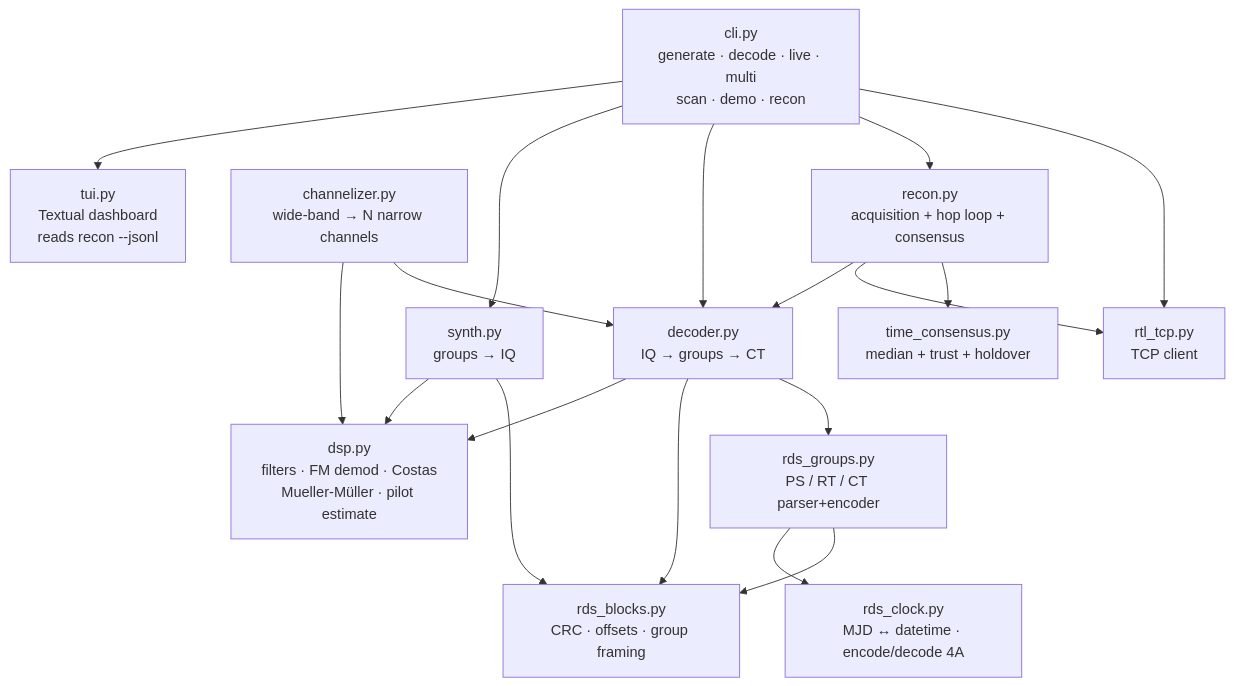
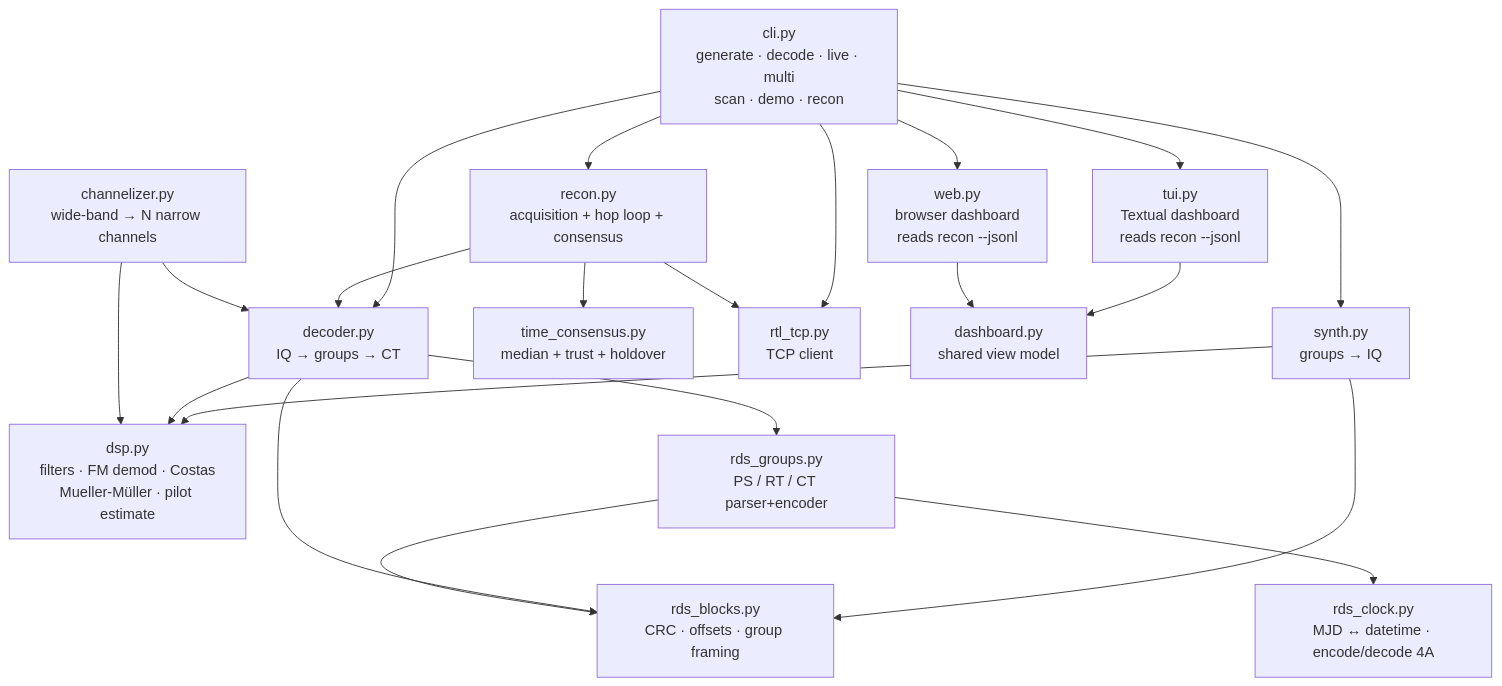
The first of 2 diagrams in docs/ARCHITECTURE.md (mateusz-klatt/rdsclock), drawn with Mermaid before and after one commit. The commit also changed other lines of this file and 15 other files, not shown here.

First line of the commit message:
feat: add a browser dashboard for recon

````diff
--- a/docs/ARCHITECTURE.md
+++ b/docs/ARCHITECTURE.md
@@ -9,33 +9,38 @@
 ```mermaid
 flowchart TD
     cli[cli.py<br/>generate · decode · live · multi<br/>scan · demo · recon]
     synth[synth.py<br/>groups → IQ]
     decoder[decoder.py<br/>IQ → groups → CT]
     recon[recon.py<br/>acquisition + hop loop + consensus]
     dsp[dsp.py<br/>filters · FM demod · Costas<br/>Mueller-Müller · pilot estimate]
     channelizer[channelizer.py<br/>wide-band → N narrow channels]
     consensus[time_consensus.py<br/>median + trust + holdover]
     rds_blocks[rds_blocks.py<br/>CRC · offsets · group framing]
     rds_clock[rds_clock.py<br/>MJD ↔ datetime · encode/decode 4A]
     rds_groups[rds_groups.py<br/>PS / RT / CT parser+encoder]
     rtl_tcp[rtl_tcp.py<br/>TCP client]
     tui[tui.py<br/>Textual dashboard<br/>reads recon --jsonl]
+    web[web.py<br/>browser dashboard<br/>reads recon --jsonl]
+    dashboard[dashboard.py<br/>shared view model]
 
     cli --> tui
+    cli --> web
+    tui --> dashboard
+    web --> dashboard
     cli --> synth
     cli --> decoder
     cli --> recon
     cli --> rtl_tcp
     synth --> dsp
     synth --> rds_blocks
     decoder --> dsp
     decoder --> rds_blocks
     decoder --> rds_groups
     recon --> decoder
     recon --> rtl_tcp
     recon --> consensus
     channelizer --> dsp
     channelizer --> decoder
     rds_groups --> rds_clock
     rds_groups --> rds_blocks
 ```
````
